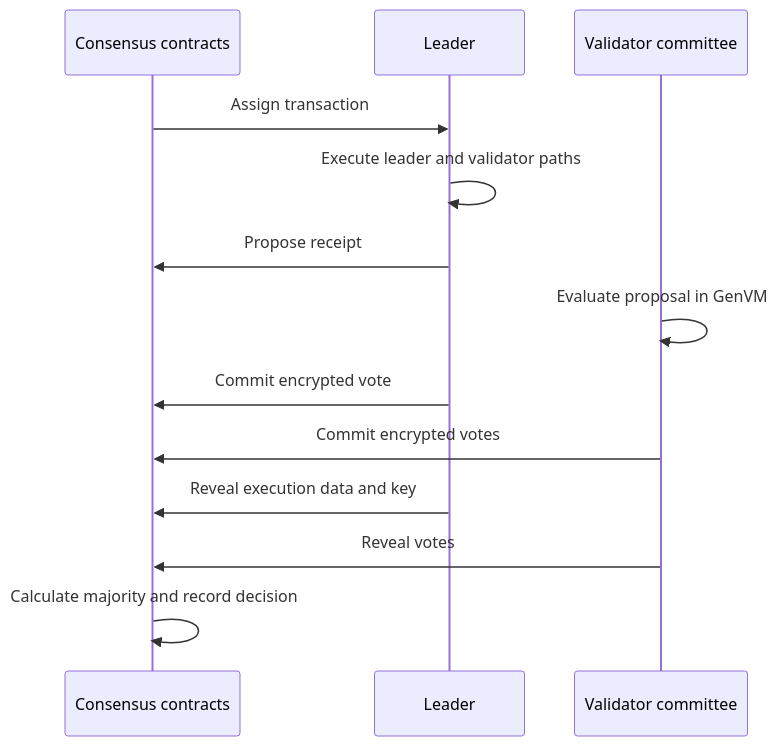
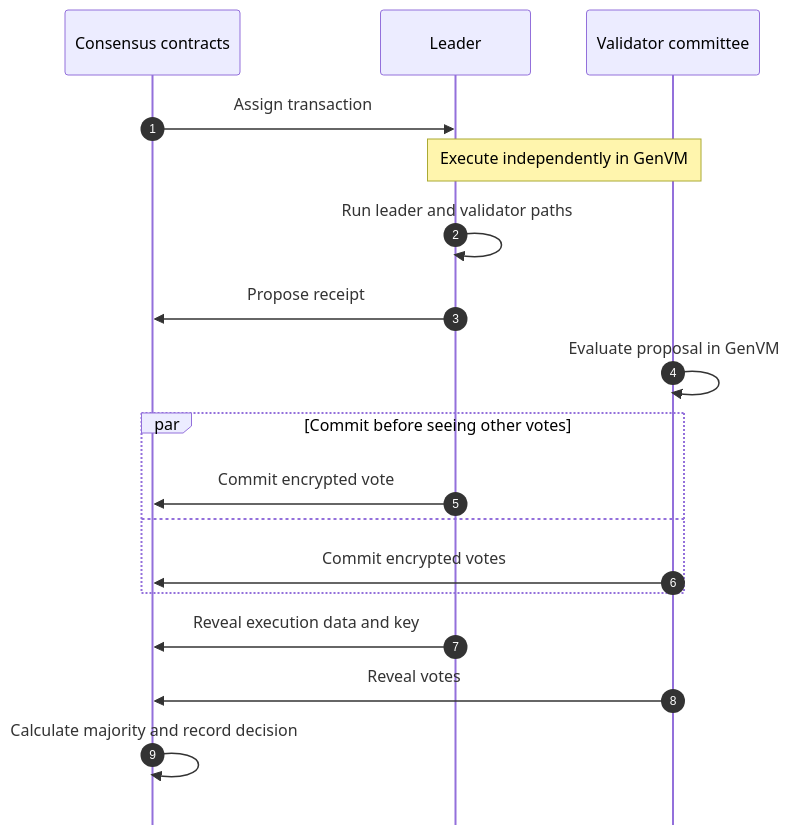
One commit to genlayerlabs/genlayer-docs changed the diagram in pages/understand-genlayer-protocol/core-concepts/optimistic-democracy.mdx. Above: the diagram before and after it, drawn with Mermaid. The commit also changed other lines of this file and 13 other files, not shown here.

Commit message:
docs: improve protocol diagrams

````diff
--- a/pages/understand-genlayer-protocol/core-concepts/optimistic-democracy.mdx
+++ b/pages/understand-genlayer-protocol/core-concepts/optimistic-democracy.mdx
@@ -13,15 +13,21 @@
 ```mermaid
+%%{init: {"sequence": {"useMaxWidth": true, "diagramMarginX": 32, "actorMargin": 56, "messageMargin": 34, "mirrorActors": false}}}%%
 sequenceDiagram
+    autonumber
     participant C as Consensus contracts
     participant L as Leader
     participant V as Validator committee
     C->>L: Assign transaction
-    L->>L: Execute leader and validator paths
+    Note over L,V: Execute independently in GenVM
+    L->>L: Run leader and validator paths
     L->>C: Propose receipt
     V->>V: Evaluate proposal in GenVM
-    L->>C: Commit encrypted vote
-    V->>C: Commit encrypted votes
+    par Commit before seeing other votes
+        L->>C: Commit encrypted vote
+    and
+        V->>C: Commit encrypted votes
+    end
     L->>C: Reveal execution data and key
     V->>C: Reveal votes
     C->>C: Calculate majority and record decision
 ```
````
